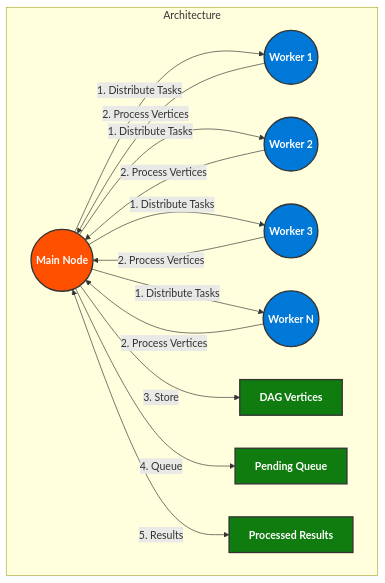
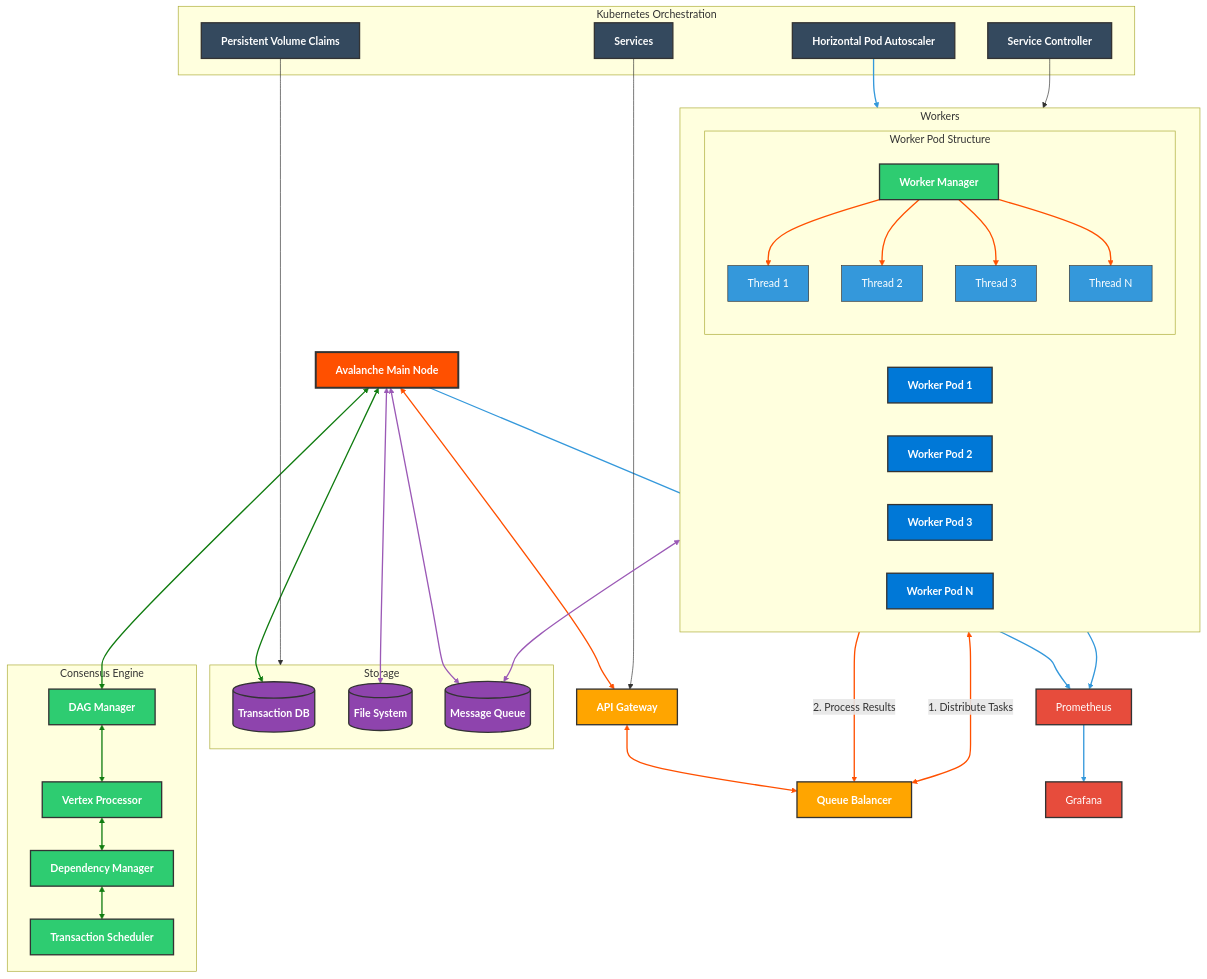
One commit to Final-Project-13520137/avalanche-parallel changed the diagram in README.md. Above: the diagram before and after it, drawn with Mermaid. The commit also changed other lines of this file, not shown here.

Commit message:
fix readme architectures

````diff
--- a/README.md
+++ b/README.md
@@ -51,24 +51,94 @@
 ```mermaid
-graph TD
-    subgraph Architecture
-        A((Main Node)):::mainNode
-        B((Worker 1)):::workerNode
-        C((Worker 2)):::workerNode
-        D((Worker 3)):::workerNode
-        E((Worker N)):::workerNode
+flowchart TD
+    %% Main Components
+    MN[Avalanche Main Node]:::mainNode
+    QB[Queue Balancer]:::controller
+    API[API Gateway]:::controller
+    PROM[Prometheus]:::monitoring
+    GRAF[Grafana]:::monitoring
+    
+    %% Workers
+    subgraph Workers
+        WP1[Worker Pod 1]:::workerNode
+        WP2[Worker Pod 2]:::workerNode
+        WP3[Worker Pod 3]:::workerNode
+        WPN[Worker Pod N]:::workerNode
         
-        F[DAG Vertices]:::dataStore
-        G[Pending Queue]:::dataStore
-        H[Processed Results]:::dataStore
-        
-        A --> |1. Distribute Tasks| B & C & D & E
-        B & C & D & E --> |2. Process Vertices| A
-        A --> |3. Store| F
-        A --> |4. Queue| G
-        A <--> |5. Results| H
+        subgraph "Worker Pod Structure"
+            direction TB
+            WM[Worker Manager]:::component
+            T1[Thread 1]:::thread
+            T2[Thread 2]:::thread
+            T3[Thread 3]:::thread
+            TN[Thread N]:::thread
+            
+            WM --> T1 & T2 & T3 & TN
+        end
     end
     
-    classDef mainNode fill:#FF5000,stroke:#333,stroke-width:2px,color:white,font-weight:bold
+    %% Storage Components
+    subgraph Storage
+        DB[(Transaction DB)]:::storage
+        FS[(File System)]:::storage
+        MQ[(Message Queue)]:::storage
+    end
+    
+    %% Consensus Components
+    subgraph "Consensus Engine"
+        DAG[DAG Manager]:::component
+        VP[Vertex Processor]:::component
+        DM[Dependency Manager]:::component
+        TS[Transaction Scheduler]:::component
+    end
+    
+    %% Kubernetes Management
+    subgraph "Kubernetes Orchestration"
+        HPA[Horizontal Pod Autoscaler]:::k8s
+        SC[Service Controller]:::k8s
+        PVC[Persistent Volume Claims]:::k8s
+        SVC[Services]:::k8s
+    end
+    
+    %% Data Flow Connections
+    MN <--> API
+    API <--> QB
+    QB <--> |"1. Distribute Tasks"| Workers
+    Workers -->|"2. Process Results"| QB
+    MN <--> DAG
+    DAG <--> VP
+    VP <--> DM
+    DM <--> TS
+    
+    %% Storage Connections
+    MN <--> DB
+    MN <--> FS
+    MN <--> MQ
+    Workers <--> MQ
+    
+    %% Monitoring
+    MN --> PROM
+    Workers --> PROM
+    PROM --> GRAF
+    
+    %% Kubernetes Management
+    HPA --> Workers
+    SC --> Workers
+    PVC --> Storage
+    SVC --> API
+    
+    %% Data Flow Labels
+    linkStyle 0,1,2,3,4,5,6,7 stroke:#FF5000,stroke-width:2px
+    linkStyle 8,9,10,11,12 stroke:#107C10,stroke-width:2px
+    linkStyle 13,14,15 stroke:#9B59B6,stroke-width:2px
+    linkStyle 16,17,18,19 stroke:#3498DB,stroke-width:2px
+    
+    %% Styles
+    classDef mainNode fill:#FF5000,stroke:#333,stroke-width:3px,color:white,font-weight:bold
     classDef workerNode fill:#0078D7,stroke:#333,stroke-width:2px,color:white,font-weight:bold
-    classDef dataStore fill:#107C10,stroke:#333,stroke-width:2px,color:white,font-weight:bold
+    classDef controller fill:#FFA500,stroke:#333,stroke-width:2px,color:white,font-weight:bold
+    classDef component fill:#2ECC71,stroke:#333,stroke-width:2px,color:white,font-weight:bold
+    classDef storage fill:#8E44AD,stroke:#333,stroke-width:2px,color:white,font-weight:bold
+    classDef thread fill:#3498DB,stroke:#333,stroke-width:1px,color:white
+    classDef monitoring fill:#E74C3C,stroke:#333,stroke-width:2px,color:white
+    classDef k8s fill:#34495E,stroke:#333,stroke-width:2px,color:white,font-weight:bold
 ```
````
